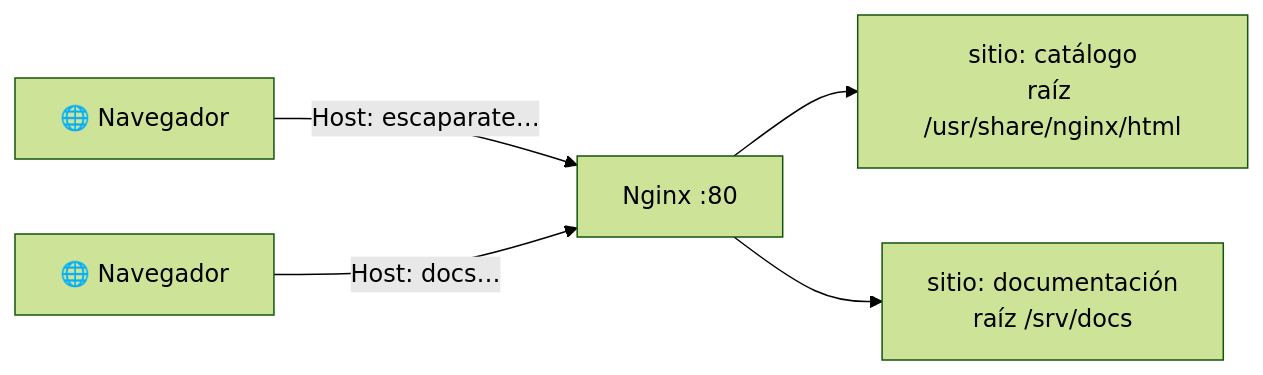
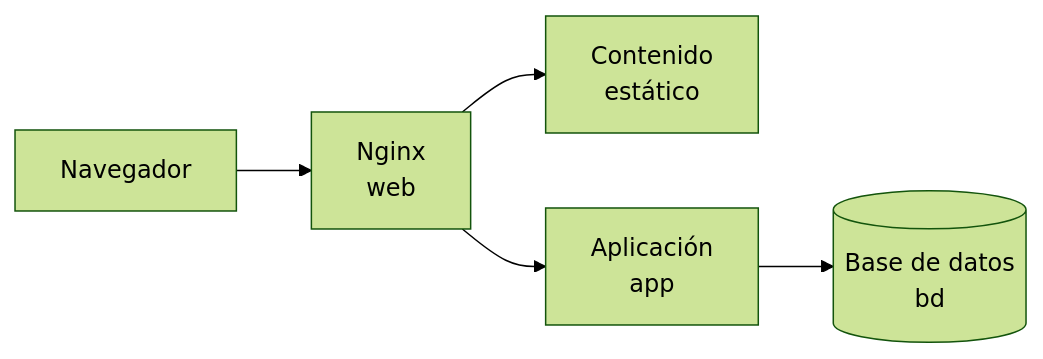
One commit to alejandroroig/despliegue-daw changed the diagram in docs/tema3/servidores-web-dns.md. Above: the diagram before and after it, drawn with Mermaid (forest theme). The commit also changed other lines of this file and 14 other files, not shown here.

````diff
--- a/docs/tema3/servidores-web-dns.md
+++ b/docs/tema3/servidores-web-dns.md
@@ -118,7 +110,7 @@
 ```mermaid
 flowchart LR
-    N["🌐 Navegador"] -->|"Host: escaparate…"| S["Nginx :80"]
-    N2["🌐 Navegador"] -->|"Host: docs…"| S
-    S --> A["sitio: catálogo<br/>raíz /usr/share/nginx/html"]
-    S --> B["sitio: documentación<br/>raíz /srv/docs"]
+    C["Navegador"] --> N["Nginx<br/>web"]
+    N --> E["Contenido<br/>estático"]
+    N --> A["Aplicación<br/>app"]
+    A --> D[("Base de datos<br/>bd")]
 ```
````
